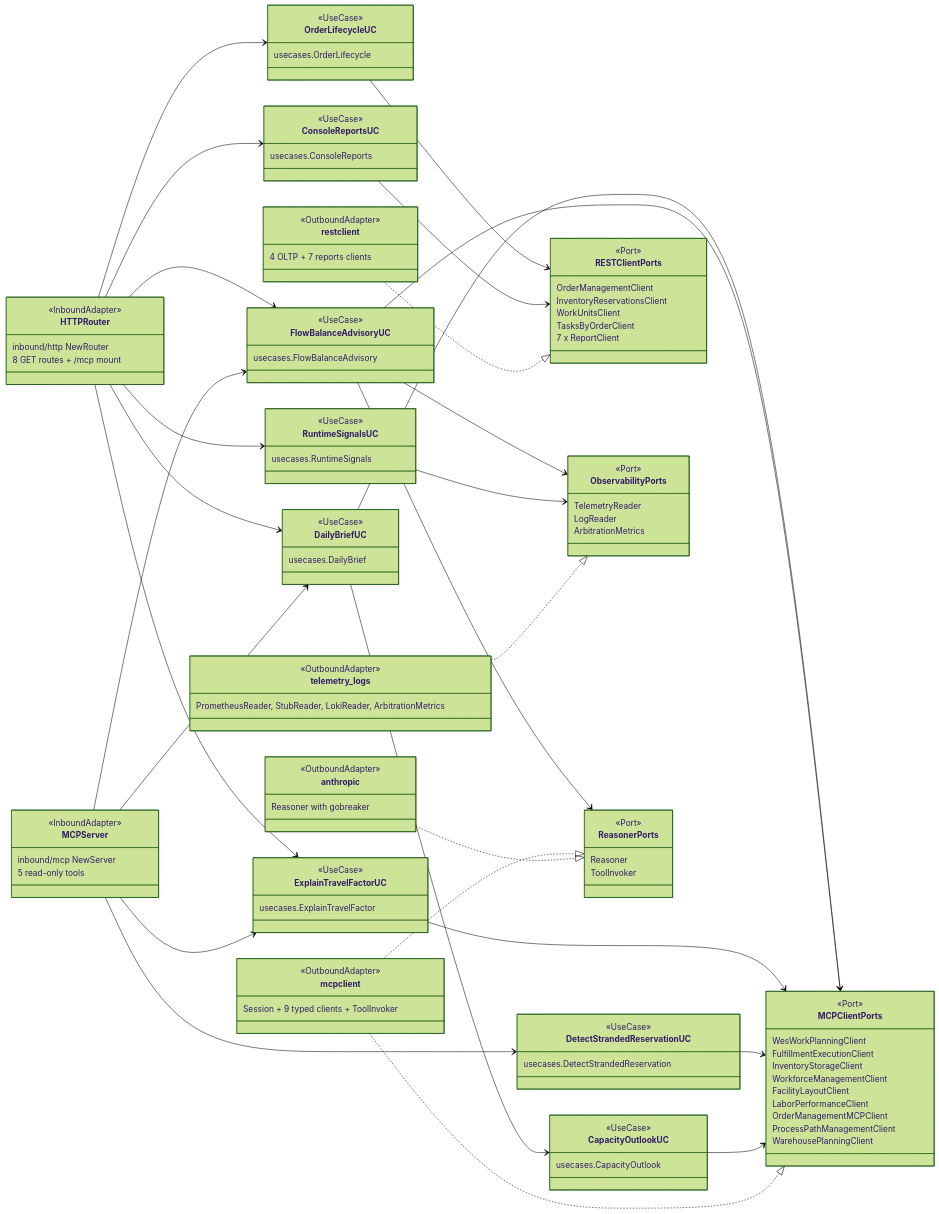
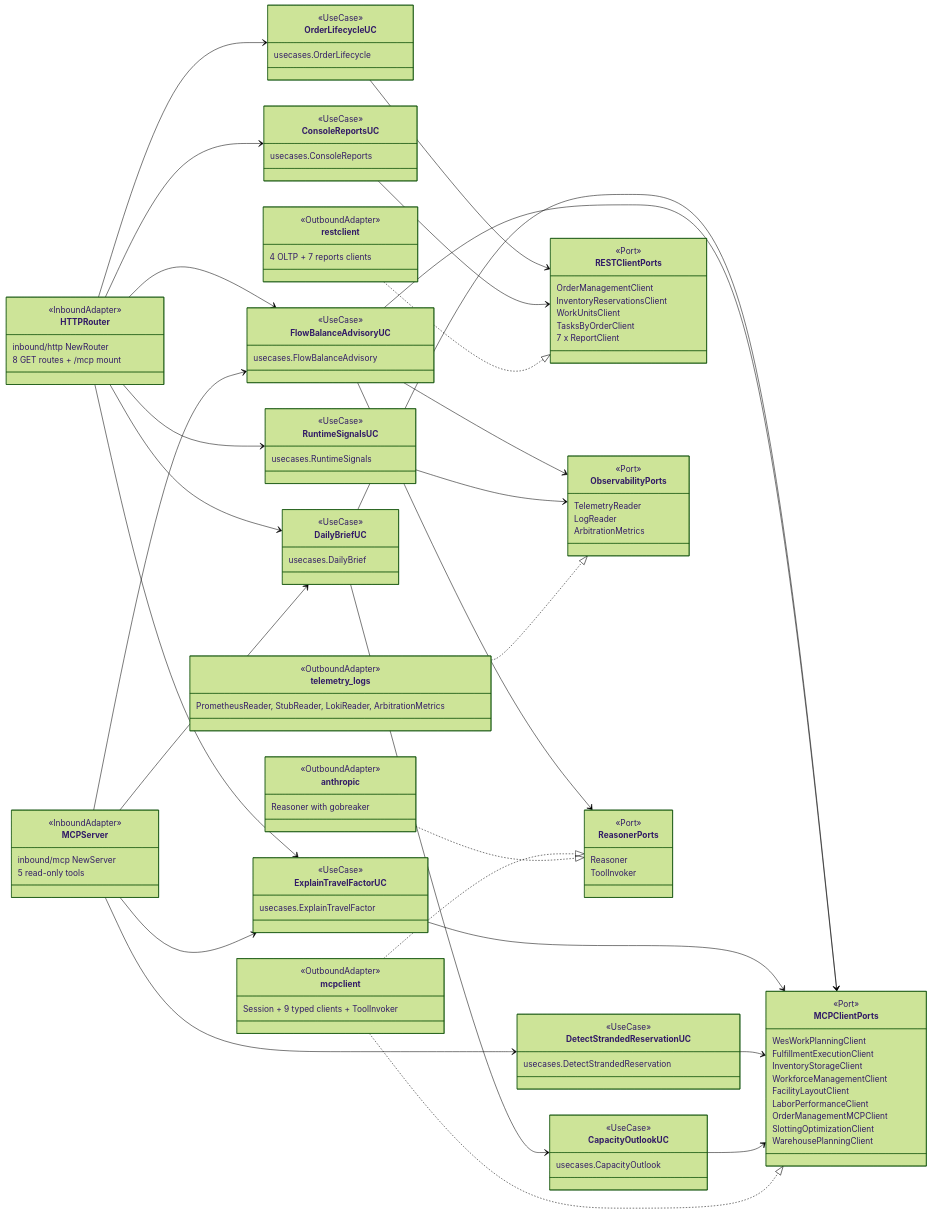
One commit to IQVO/warehouse-docs changed the fourth of 4 diagrams in docs/contexts/warehouse-ops-agent/class-diagram.md. Above: the diagram before and after it, drawn with Mermaid (forest theme). The commit also changed 237 other files, not shown here.

```diff
--- a/docs/contexts/warehouse-ops-agent/class-diagram.md
+++ b/docs/contexts/warehouse-ops-agent/class-diagram.md
@@ -496,7 +496,7 @@
         FacilityLayoutClient
         LaborPerformanceClient
         OrderManagementMCPClient
-        ProcessPathManagementClient
+        SlottingOptimizationClient
         WarehousePlanningClient
     }
     class RESTClientPorts {
```
